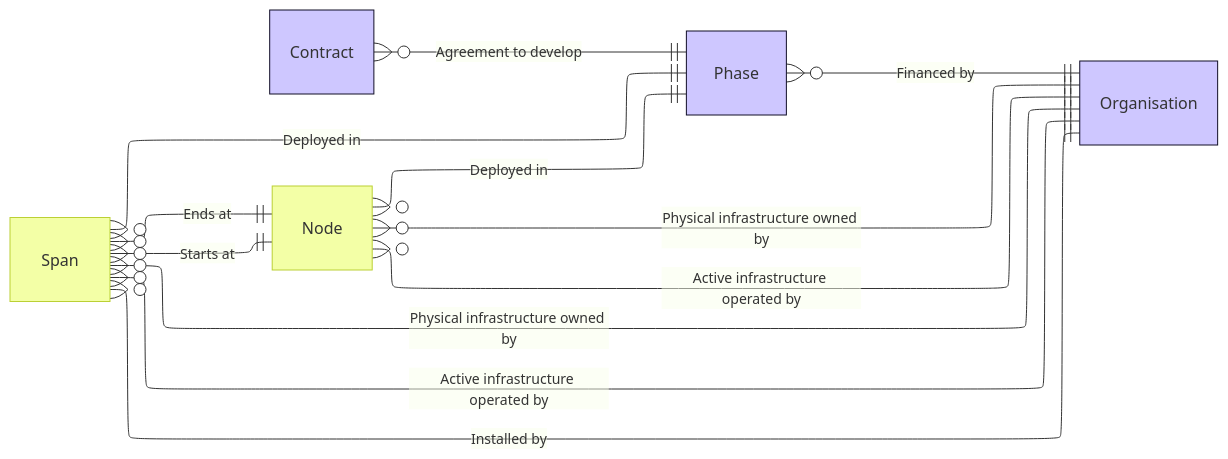
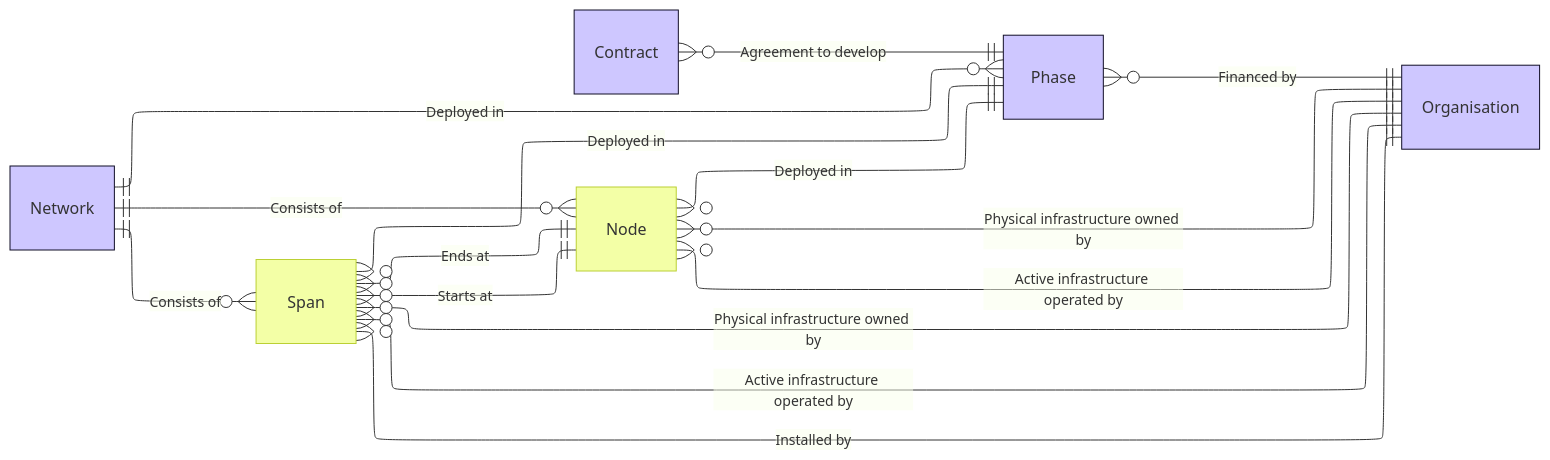
Before and after one commit to Open-Telecoms-Data/open-fibre-data-standard: the diagram in docs/reference/data_model.mmd, drawn with Mermaid. The commit also changed 1 other file, not shown here.

Commit message:
docs/reference/data_model.md: Add network to diagram, remove relationships with organisations, contracts and documents

```diff
--- a/docs/reference/data_model.mmd
+++ b/docs/reference/data_model.mmd
@@ -1,38 +1,44 @@
 ---
 config:
   layout: elk
 ---
 erDiagram
+    Network {
+    }
+    
     Contract {
     }
 
     Node {
     }
 
     Organisation {
     }
 
     Phase {
     }
 
     Span {
     }
 
+    Network ||--o{ Node : "Consists of"
+    Network ||--o{ Span : "Consists of"
+    Network ||--o{ Phase : "Deployed in"
     Node }o--|| Organisation : "Physical infrastructure owned by"
     Node }o--|| Organisation : "Active infrastructure operated by"
     Node }o--|| Phase : "Deployed in"
     Span }o--|| Node : "Starts at"
     Span }o--|| Node : "Ends at"
     Span }o--|| Organisation : "Physical infrastructure owned by"
     Span }o--|| Organisation : "Active infrastructure operated by"    
     Span }o--|| Organisation : "Installed by"
     Span }o--|| Phase : "Deployed in"
     Contract }o--|| Phase: "Agreement to develop"
     Phase }o--|| Organisation: "Financed by"
 
     classDef spatial fill:#f3ffa6ff,stroke:#bbd034
     classDef non-spatial fill:#cec7ffff,stroke:#110e27
 
     class Node,Span spatial
-    class Organisation,Phase,Contract non-spatial
+    class Network,Organisation,Phase,Contract non-spatial
     direction LR
```
